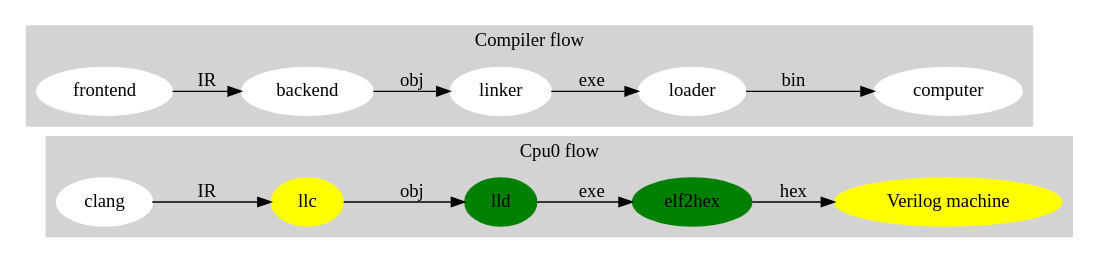
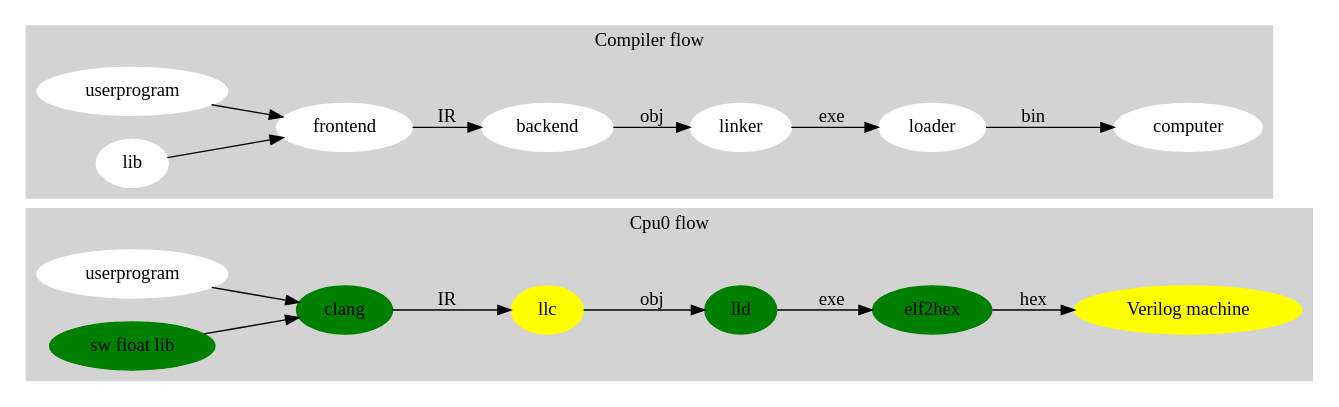
One commit to Jonathan2251/ws changed the diagram in images/mywork_1.gv. Above: the diagram before and after it, drawn with Graphviz. The commit also changed 4 other files, not shown here.

```diff
--- a/images/mywork_1.gv
+++ b/images/mywork_1.gv
@@ -1,29 +1,33 @@
-// Free usage license, author: Chung-Shu Chen 陳鍾樞
-
 digraph G {
 
   rankdir=LR;
   subgraph cluster_1 {
     style=filled;
     color=lightgrey;
     label = "Cpu0 flow";
-    node [style=filled,color=white]; clang;
+    node [style=filled,color=white]; usercode [label = "userprogram"];
+    node [style=filled,color=green]; sflib [label = "sw float lib"];
+    node [style=filled,color=green]; clang;
     node [style=filled,color=yellow]; llc, "Verilog machine";
     node [style=filled,color=green]; lld, elf2hex;
-      clang -> llc [ label = "IR" ];
-      llc -> lld [ label = "obj" ];
-      lld -> elf2hex [ label = "exe" ];
-      elf2hex -> "Verilog machine" [ label = "hex" ];
+    usercode -> clang;
+    sflib -> clang;
+    clang -> llc [ label = "IR" ];
+    llc -> lld [ label = "obj" ];
+    lld -> elf2hex [ label = "exe" ];
+    elf2hex -> "Verilog machine" [ label = "hex" ];
   }
   subgraph cluster_0 {
     style=filled;
     label = "Compiler flow";
-    node [style=filled,color=white]; frontend, backend, linker, loader, computer;
+    node [style=filled,color=white]; userprogram, lib, frontend, backend, linker, loader, computer; 
+      userprogram -> frontend;
+      lib -> frontend;
       frontend -> backend [ label = "IR" ];
       backend -> linker [ label = "obj" ];
       linker -> loader [ label = "exe" ];
       loader -> computer [ label = "bin" ];
-    color=lightgrey
+      color=lightgrey
   }
 
 }
```
